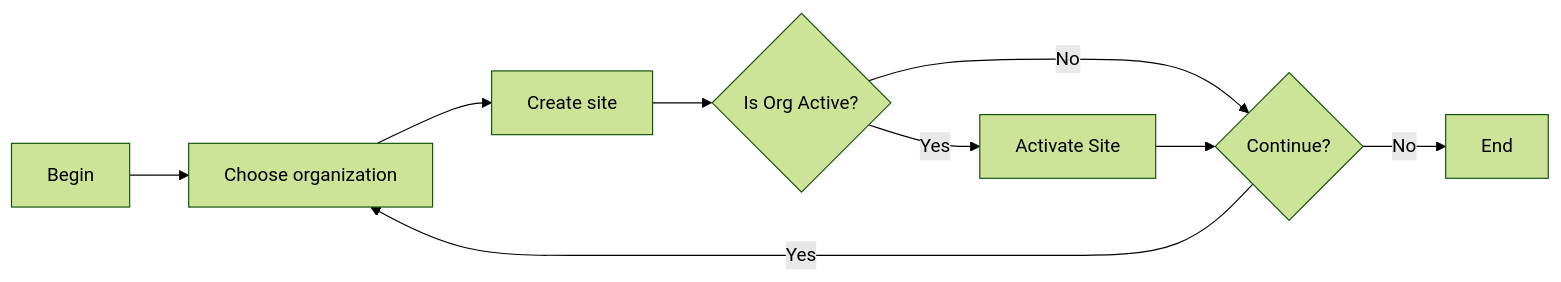
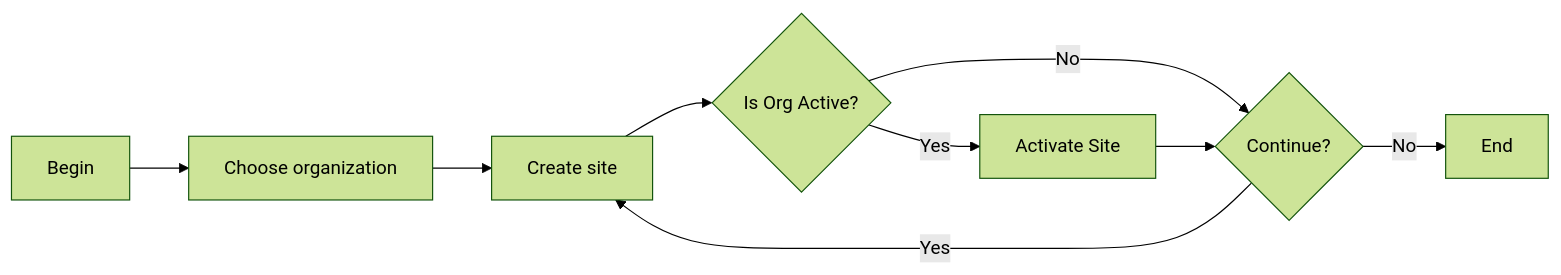
The diagram in maximo/administration/organizations/02-site-definition.md (codersyacht/maximo-knowledge-center), drawn with Mermaid (forest theme) before and after one commit.

Commit message:
02-site-definition.md

````diff
--- a/maximo/administration/organizations/02-site-definition.md
+++ b/maximo/administration/organizations/02-site-definition.md
@@ -9,11 +9,11 @@
 ```mermaid
 graph LR
 A[Begin] --> B[Choose organization]
 B --> C[Create site]
 C --> D{Is Org Active?}
 D --> |Yes| E[Activate Site]
 D --> |No| F{Continue?}
 E --> F
-F --> |Yes|B
+F --> |Yes|C
 F --> |No| G[End]
 ```
````
